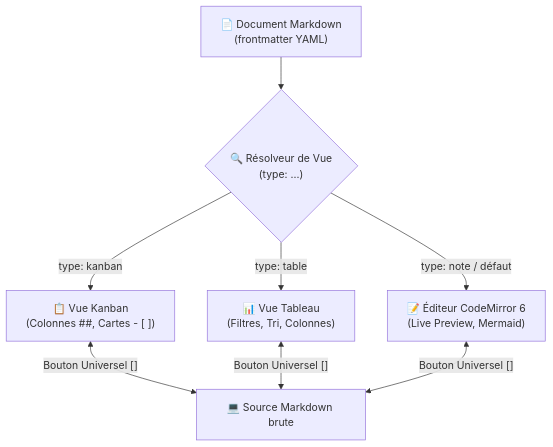
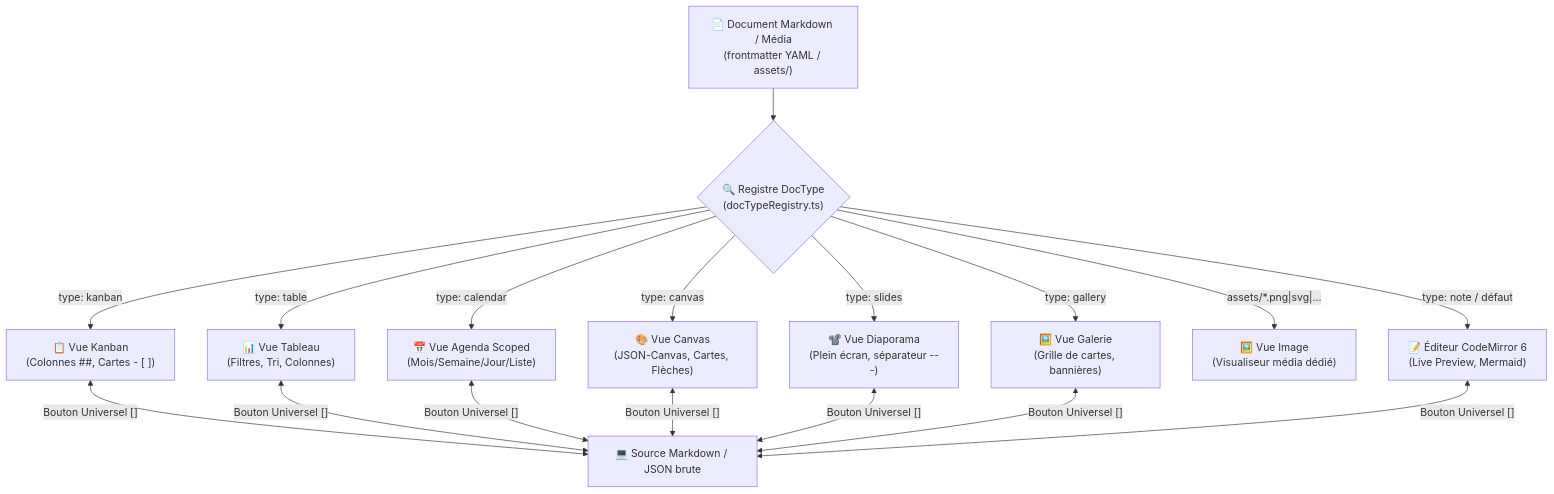
The second of 4 diagrams in docs/ARCHITECTURE.md (Domaine-Tech/knit), drawn with Mermaid before and after one commit. The commit also changed other lines of this file and 45 other files, not shown here.

````diff
--- a/docs/ARCHITECTURE.md
+++ b/docs/ARCHITECTURE.md
@@ -156,11 +168,20 @@
 ```mermaid
 graph TD
-    DOC["📄 Document Markdown<br/>(frontmatter YAML)"] --> RESOLVE{"🔍 Résolveur de Vue<br/>(type: ...)"}
+    DOC["📄 Document Markdown / Média<br/>(frontmatter YAML / assets/)"] --> RESOLVE{"🔍 Registre DocType<br/>(docTypeRegistry.ts)"}
     RESOLVE -->|"type: kanban"| KB["📋 Vue Kanban<br/>(Colonnes ##, Cartes - [ ])"]
     RESOLVE -->|"type: table"| TB["📊 Vue Tableau<br/>(Filtres, Tri, Colonnes)"]
+    RESOLVE -->|"type: calendar"| CAL["📅 Vue Agenda Scoped<br/>(Mois/Semaine/Jour/Liste)"]
+    RESOLVE -->|"type: canvas"| CNV["🎨 Vue Canvas<br/>(JSON-Canvas, Cartes, Flèches)"]
+    RESOLVE -->|"type: slides"| SLD["📽️ Vue Diaporama<br/>(Plein écran, séparateur ---)"]
+    RESOLVE -->|"type: gallery"| GAL["🖼️ Vue Galerie<br/>(Grille de cartes, bannières)"]
+    RESOLVE -->|"assets/*.png|svg|..."| IMG["🖼️ Vue Image<br/>(Visualiseur média dédié)"]
     RESOLVE -->|"type: note / défaut"| ED["📝 Éditeur CodeMirror 6<br/>(Live Preview, Mermaid)"]
 
-    KB <-->|"Bouton Universel [</>]"| RAW["💻 Source Markdown brute"]
+    KB <-->|"Bouton Universel [</>]"| RAW["💻 Source Markdown / JSON brute"]
     TB <-->|"Bouton Universel [</>]"| RAW
+    CAL <-->|"Bouton Universel [</>]"| RAW
+    CNV <-->|"Bouton Universel [</>]"| RAW
+    SLD <-->|"Bouton Universel [</>]"| RAW
+    GAL <-->|"Bouton Universel [</>]"| RAW
     ED <-->|"Bouton Universel [</>]"| RAW
 ```
````
